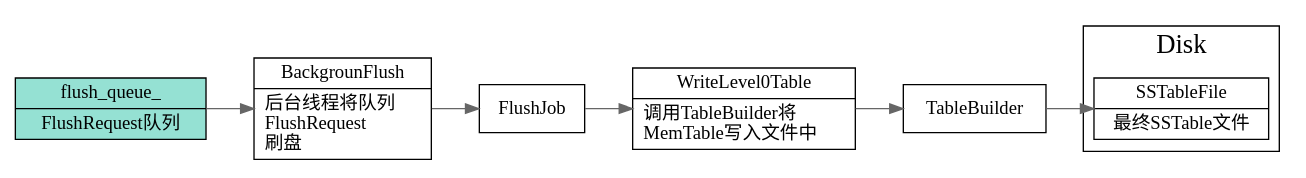
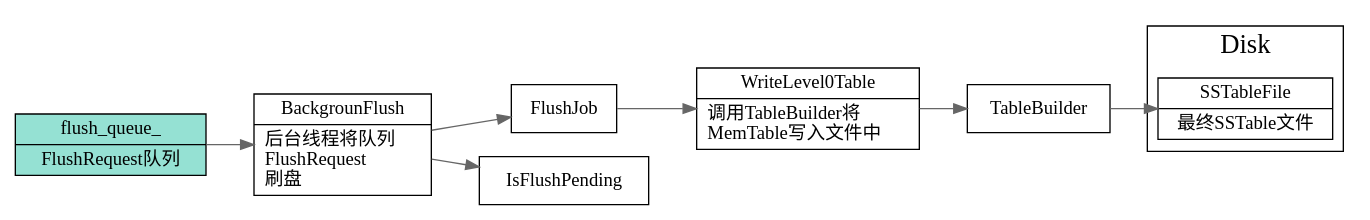
Before and after one commit to xieyu/blog: the diagram in src/rocksdb/flush-data-flow-overview.dot, drawn with Graphviz. The commit also changed 24 other files, not shown here.

```diff
--- a/src/rocksdb/flush-data-flow-overview.dot
+++ b/src/rocksdb/flush-data-flow-overview.dot
@@ -1,40 +1,41 @@
 digraph flush_data_flow_overview {
   node[shape=box];
   edge[color=gray40];
   newrank=true;
   rankdir=LR;
-  BackgrounFlush[shape="record";
+  BackgroundFlush[shape="record";
     label="{{
       BackgrounFlush|
       后台线程将队列\l 
       FlushRequest\l
       刷盘\l
     }}";
   ];
   WriteLevel0Table[shape="record";
     label="{{
       WriteLevel0Table|
       调用TableBuilder将\l 
       MemTable写入文件中\l
     }}";
   ];
   SSTableFile[shape="record";
     label="{{
       SSTableFile|
       最终SSTable文件
     }}";
   ];
   flush_queue_[shape="record";
     fillcolor="#95e1d3"
     style=filled;
     label="{{
       flush_queue_|
       FlushRequest队列
     }}";
   ];
   subgraph cluster_Disk {
     graph[label="Disk";fontsize=20;];
     SSTableFile;
   }
-  flush_queue_ -> BackgrounFlush -> FlushJob -> WriteLevel0Table -> TableBuilder -> SSTableFile;
+  flush_queue_ -> BackgroundFlush -> FlushJob -> WriteLevel0Table -> TableBuilder -> SSTableFile;
+  BackgroundFlush -> IsFlushPending;
 }
```
